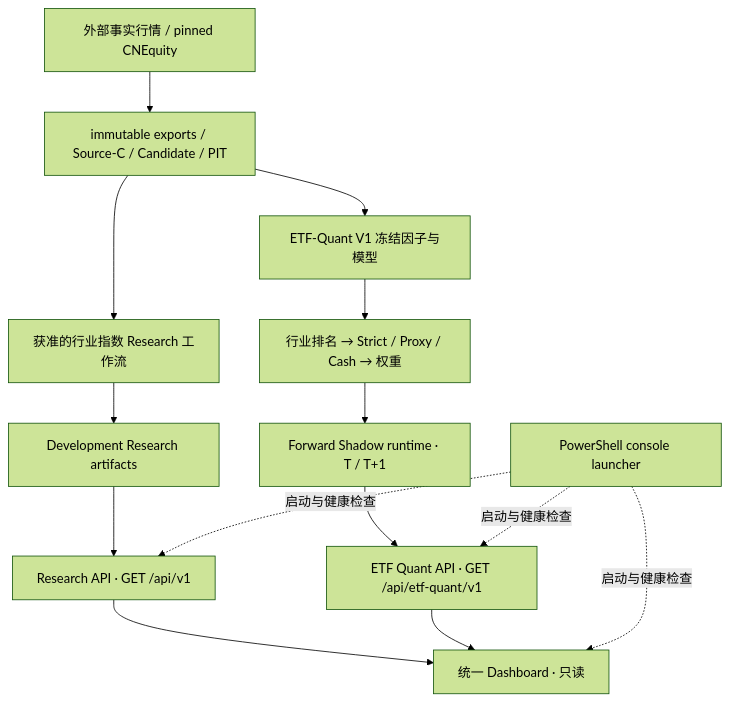
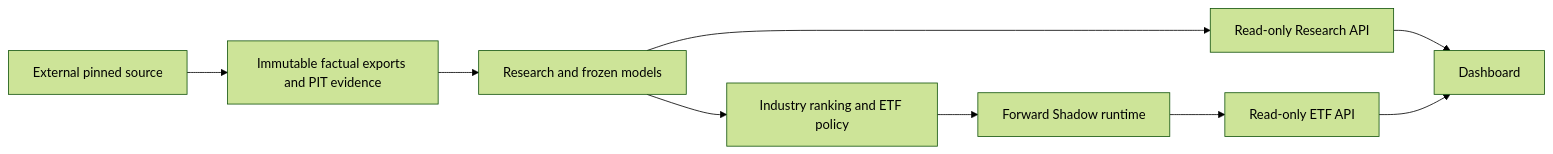
Before and after one commit to WynterYaxley123/quant-trading: the diagram in README.md, drawn with Mermaid (forest theme). The commit also changed other lines of this file and 125 other files, not shown here.

Commit message:
docs: separate active contributor guides from immutable historical evidence

````diff
--- a/README.md
+++ b/README.md
@@ -35,16 +41,11 @@
-~~~mermaid
-flowchart TD
-    M["外部事实行情 / pinned CNEquity"] --> P["immutable exports / Source-C / Candidate / PIT"]
-    P --> R["获准的行业指数 Research 工作流"]
-    P --> Q["ETF-Quant V1 冻结因子与模型"]
-    R --> A["Development Research artifacts"]
-    A --> RA["Research API · GET /api/v1"]
-    Q --> K["行业排名 → Strict / Proxy / Cash → 权重"]
-    K --> S["Forward Shadow runtime · T / T+1"]
-    S --> EA["ETF Quant API · GET /api/etf-quant/v1"]
-    RA --> D["统一 Dashboard · 只读"]
-    EA --> D
-    C["PowerShell console launcher"] -. "启动与健康检查" .-> RA
-    C -. "启动与健康检查" .-> EA
-    C -. "启动与健康检查" .-> D
-~~~
+```mermaid
+flowchart LR
+ S[External pinned source] --> E[Immutable factual exports and PIT evidence]
+ E --> R[Research and frozen models]
+ R --> Q[Industry ranking and ETF policy]
+ Q --> T[Forward Shadow runtime]
+ R --> RA[Read-only Research API]
+ T --> EA[Read-only ETF API]
+ RA --> D[Dashboard]
+ EA --> D
+```
````
